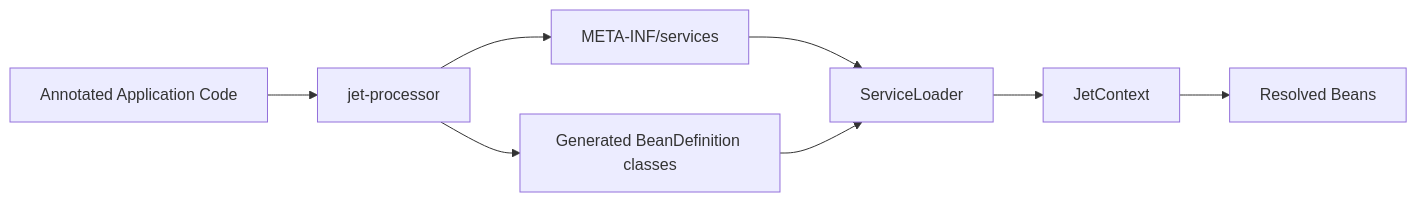
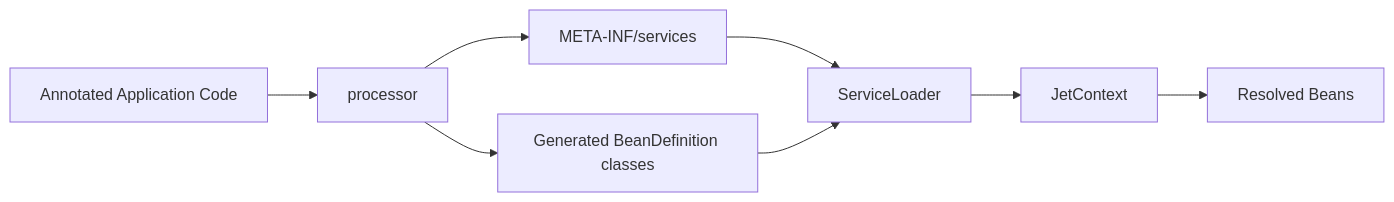
One commit to MClavo/jet-di changed the diagram in README.md. Above: the diagram before and after it, drawn with Mermaid. The commit also changed other lines of this file and 66 other files, not shown here.

````diff
--- a/README.md
+++ b/README.md
@@ -279,10 +279,10 @@
 ```mermaid
 flowchart LR
-    A[Annotated Application Code] --> B[jet-processor]
+    A[Annotated Application Code] --> B[processor]
     B --> C[Generated BeanDefinition classes]
     B --> D[META-INF/services]
     D --> E[ServiceLoader]
     C --> E
     E --> F[JetContext]
     F --> G[Resolved Beans]
 ```
````
